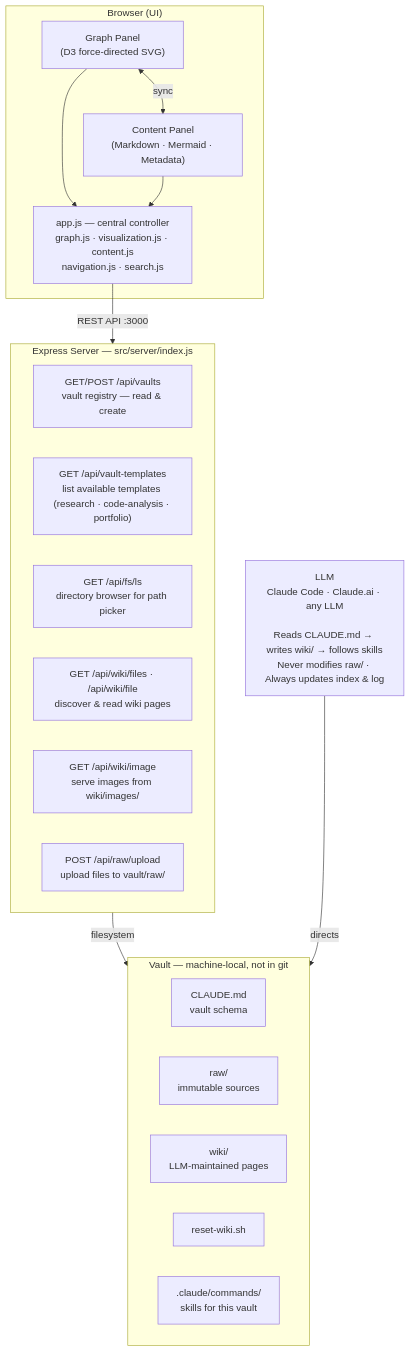
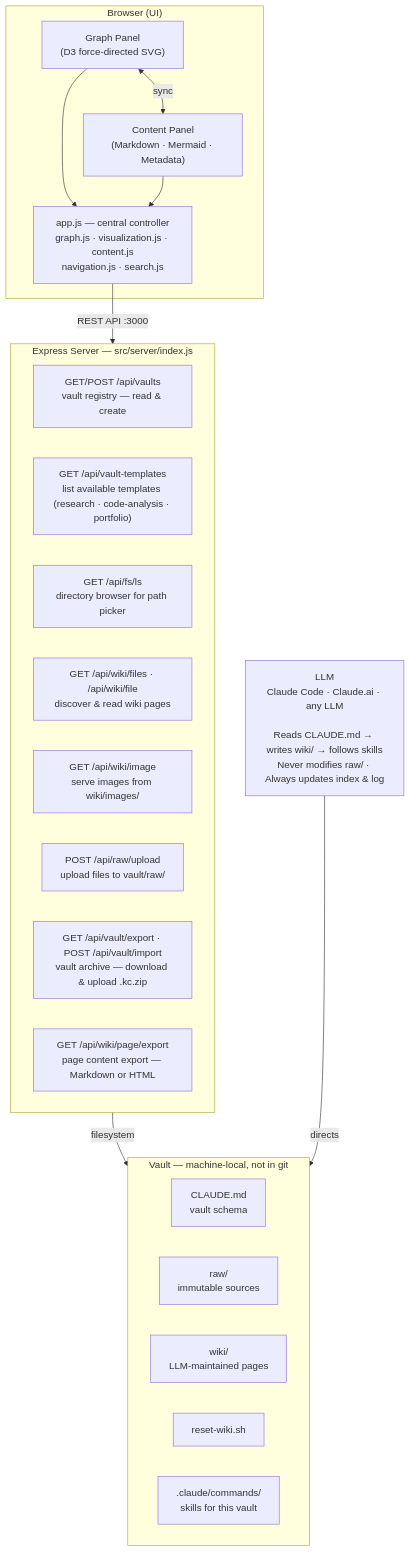
The diagram in README.md (skarlekar/knowledge-compiler), drawn with Mermaid before and after one commit. The commit also changed other lines of this file and 12 other files, not shown here.

First line of the commit message:
Add vault export/import, page content export, and toolbar icon consistency

````diff
--- a/README.md
+++ b/README.md
@@ -232,34 +232,36 @@
 ```mermaid
 graph TD
     subgraph Browser["Browser (UI)"]
         GP["Graph Panel\n(D3 force-directed SVG)"]
         CP["Content Panel\n(Markdown · Mermaid · Metadata)"]
         AC["app.js — central controller\ngraph.js · visualization.js · content.js\nnavigation.js · search.js"]
         GP <-->|sync| CP
         GP --> AC
         CP --> AC
     end
 
     subgraph Server["Express Server — src/server/index.js"]
         API1["GET/POST /api/vaults\nvault registry — read & create"]
         API2["GET /api/vault-templates\nlist available templates (research · code-analysis · portfolio)"]
         API3["GET /api/fs/ls\ndirectory browser for path picker"]
         API4["GET /api/wiki/files · /api/wiki/file\ndiscover & read wiki pages"]
         API5["GET /api/wiki/image\nserve images from wiki/images/"]
         API6["POST /api/raw/upload\nupload files to vault/raw/"]
+        API7["GET /api/vault/export · POST /api/vault/import\nvault archive — download & upload .kc.zip"]
+        API8["GET /api/wiki/page/export\npage content export — Markdown or HTML"]
     end
 
     subgraph Vault["Vault — machine-local, not in git"]
         VM["CLAUDE.md\nvault schema"]
         VR["raw/\nimmutable sources"]
         VW["wiki/\nLLM-maintained pages"]
         VS["reset-wiki.sh"]
         VC[".claude/commands/\nskills for this vault"]
     end
 
     LLM["LLM\nClaude Code · Claude.ai · any LLM\n\nReads CLAUDE.md → writes wiki/ → follows skills\nNever modifies raw/ · Always updates index & log"]
 
     AC -->|REST API :3000| Server
     Server -->|filesystem| Vault
     LLM -->|directs| Vault
 ```
````
